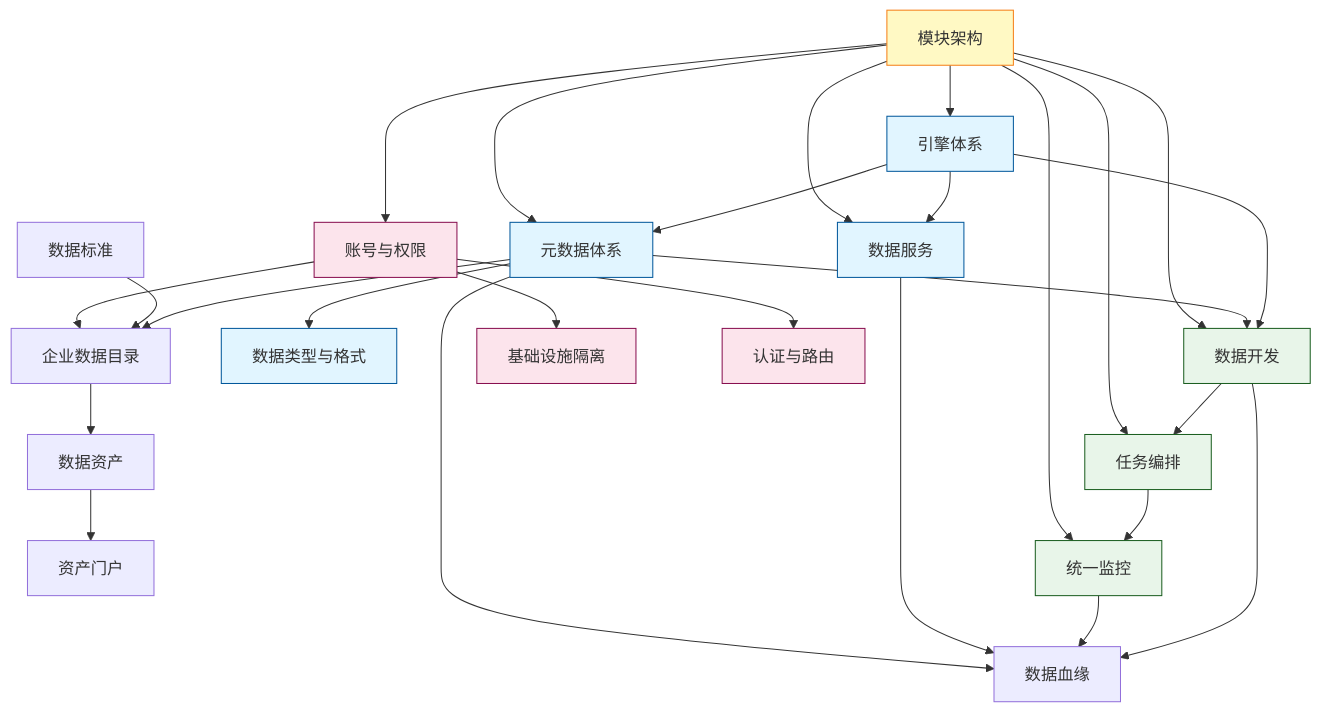
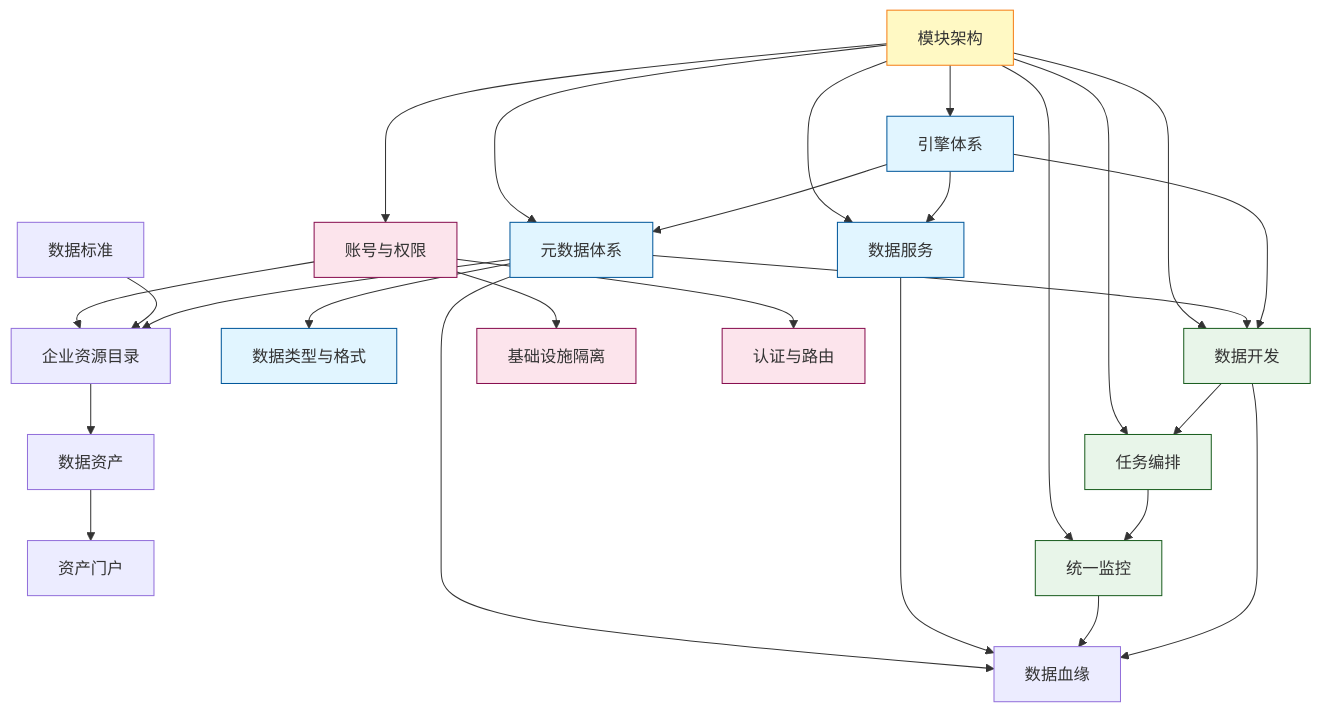
The second of 2 diagrams in docs/concepts/addp核心概念关系图.md (pampa0629/addp), drawn with Mermaid before and after one commit. The commit also changed other lines of this file and 139 other files, not shown here.

````diff
--- a/docs/concepts/addp核心概念关系图.md
+++ b/docs/concepts/addp核心概念关系图.md
@@ -390,43 +394,43 @@
 ```mermaid
 graph TB
     引擎[引擎体系] --> 元数据[元数据体系]
     引擎 --> 开发[数据开发]
     引擎 --> 服务[数据服务]
 
     元数据 --> 类型[数据类型与格式]
     元数据 --> 开发
-    元数据 --> 目录[企业数据目录]
+    元数据 --> 目录[企业资源目录]
     标准[数据标准] --> 目录
     账号[账号与权限] --> 目录
     目录 --> 资产[数据资产]
     资产 --> 门户[资产门户]
 
     开发 --> 编排[任务编排]
     编排 --> 监控[统一监控]
     开发 --> 血缘[数据血缘]
     监控 --> 血缘
     服务 --> 血缘
     元数据 --> 血缘
 
     账号 --> 隔离[基础设施隔离]
     账号 --> 认证[认证与路由]
 
     模块[模块架构] --> 引擎
     模块 --> 账号
     模块 --> 元数据
     模块 --> 开发
     模块 --> 编排
     模块 --> 监控
     模块 --> 服务
 
     classDef architecture fill:#fff9c4,stroke:#f57f17
     classDef engine fill:#e1f5ff,stroke:#01579b
     classDef data fill:#e8f5e9,stroke:#1b5e20
     classDef auth fill:#fce4ec,stroke:#880e4f
     classDef dev fill:#f3e5f5,stroke:#4a148c
 
     class 模块 architecture
     class 引擎,元数据,类型,服务 engine
     class 开发,编排,监控 data
     class 账号,隔离,认证 auth
 ```
````
